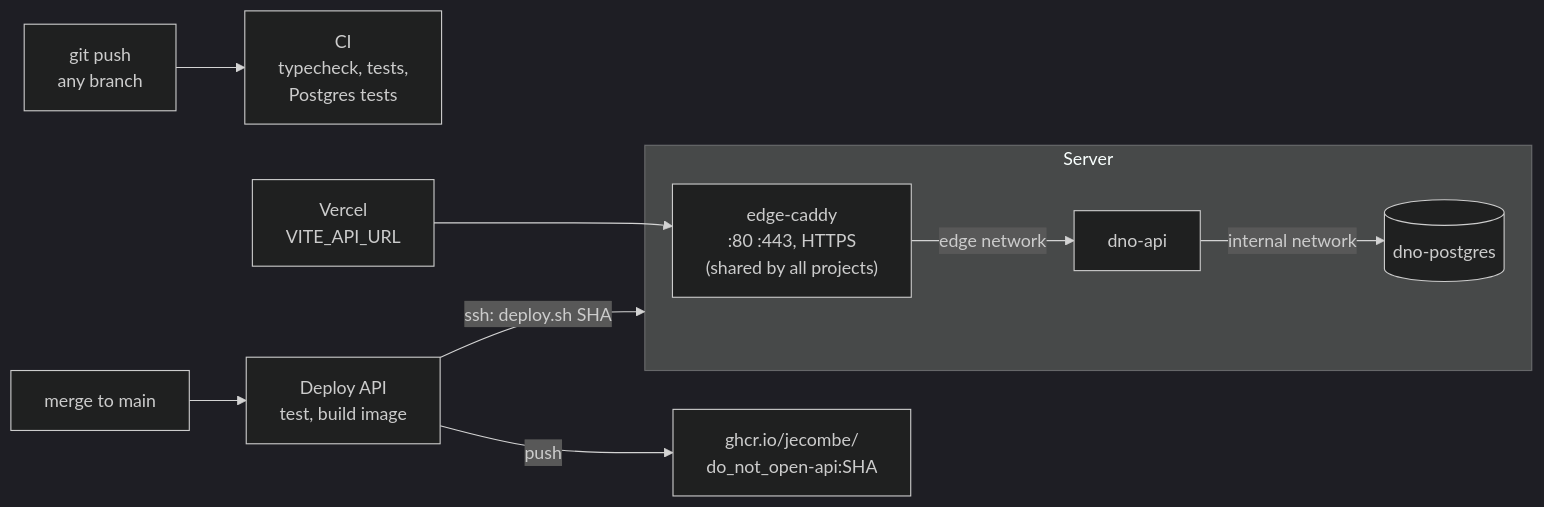
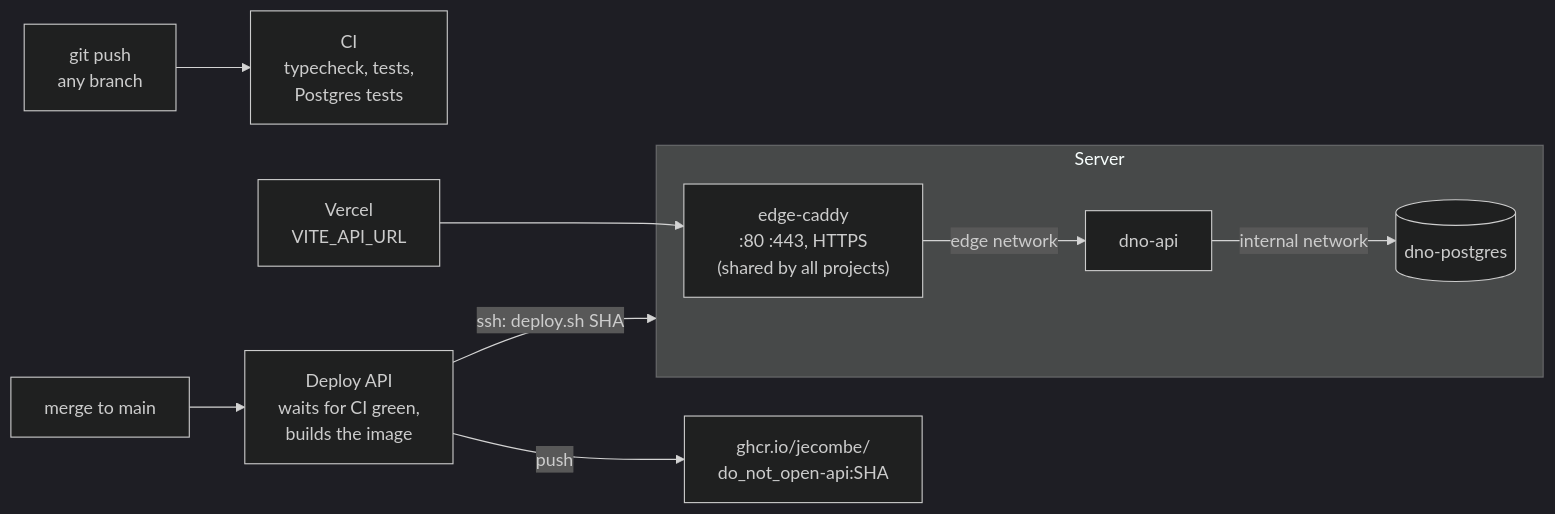
One commit to jecombe/do_not_open changed the diagram in deploy/README.md. Above: the diagram before and after it, drawn with Mermaid (dark theme). The commit also changed other lines of this file and 1 other file, not shown here.

First line of the commit message:
Deploy only once the whole CI is green on the commit

````diff
--- a/deploy/README.md
+++ b/deploy/README.md
@@ -6,12 +7,12 @@
 ```mermaid
 flowchart LR
   push["git push<br/>any branch"] --> ci["CI<br/>typecheck, tests,<br/>Postgres tests"]
-  merge["merge to main"] --> wf["Deploy API<br/>test, build image"]
+  merge["merge to main"] --> wf["Deploy API<br/>waits for CI green,<br/>builds the image"]
   wf -- "push" --> ghcr["ghcr.io/jecombe/<br/>do_not_open-api:SHA"]
   wf -- "ssh: deploy.sh SHA" --> server
   subgraph server["Server"]
     edge["edge-caddy<br/>:80 :443, HTTPS<br/>(shared by all projects)"] -- "edge network" --> api["dno-api"]
     api -- "internal network" --> pg[(dno-postgres)]
   end
   vercel["Vercel<br/>VITE_API_URL"] --> edge
 ```
````
